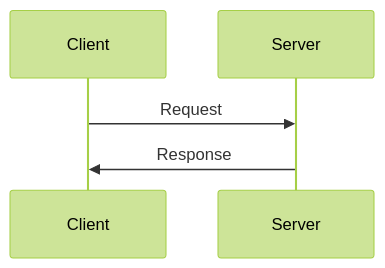
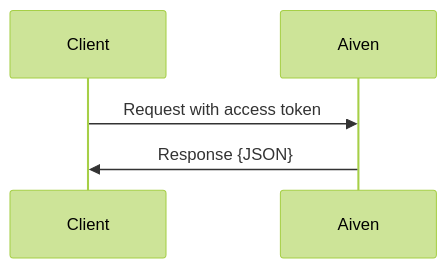
One commit to aiven/devportal changed the diagram in docs/api/index.rst. Above: the diagram before and after it, drawn with Mermaid (forest theme). The commit also changed other lines of this file and 4 other files, not shown here.

```diff
--- a/docs/api/index.rst
+++ b/docs/api/index.rst
@@ -6,8 +19,8 @@
 .. mermaid::
 
     sequenceDiagram
         participant Client
-        participant Server
+        participant Aiven
 
-        Client->>Server: Request
-        Server->>Client: Response
+        Client->>Aiven: Request with access token
+        Aiven->>Client: Response {JSON}
```
